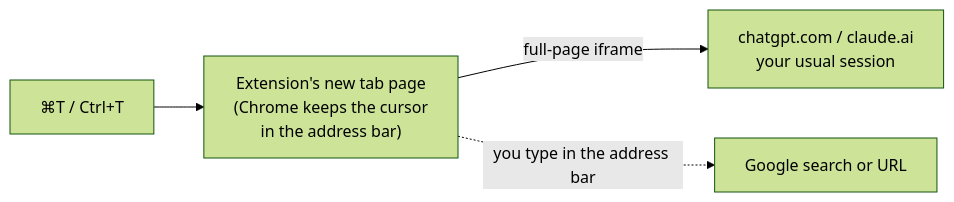
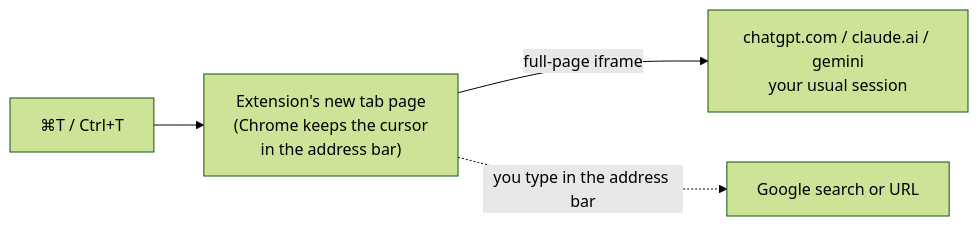
One commit to BlaisedEstais/new-tab-to-ai-chat changed the diagram in README.md. Above: the diagram before and after it, drawn with Mermaid (forest theme). The commit also changed other lines of this file and 26 other files, not shown here.

First line of the commit message:
Gemini, fixes for Claude inside the new tab, FR/EN

````diff
--- a/README.md
+++ b/README.md
@@ -74,6 +75,6 @@
 ```mermaid
 flowchart LR
   T["⌘T / Ctrl+T"] --> N["Extension's new tab page<br/>(Chrome keeps the cursor<br/>in the address bar)"]
-  N -- "full-page iframe" --> S["chatgpt.com / claude.ai<br/>your usual session"]
+  N -- "full-page iframe" --> S["chatgpt.com / claude.ai / gemini<br/>your usual session"]
   N -. "you type in the address bar" .-> G["Google search or URL"]
 ```
````
